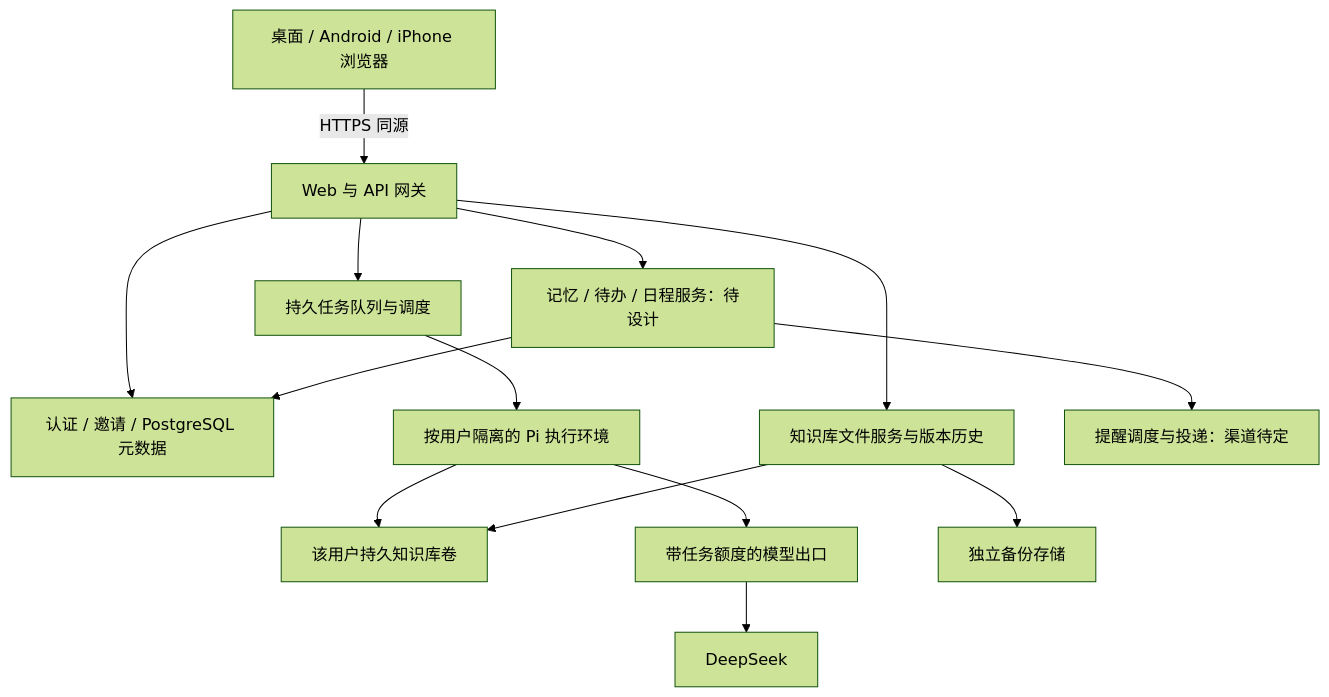
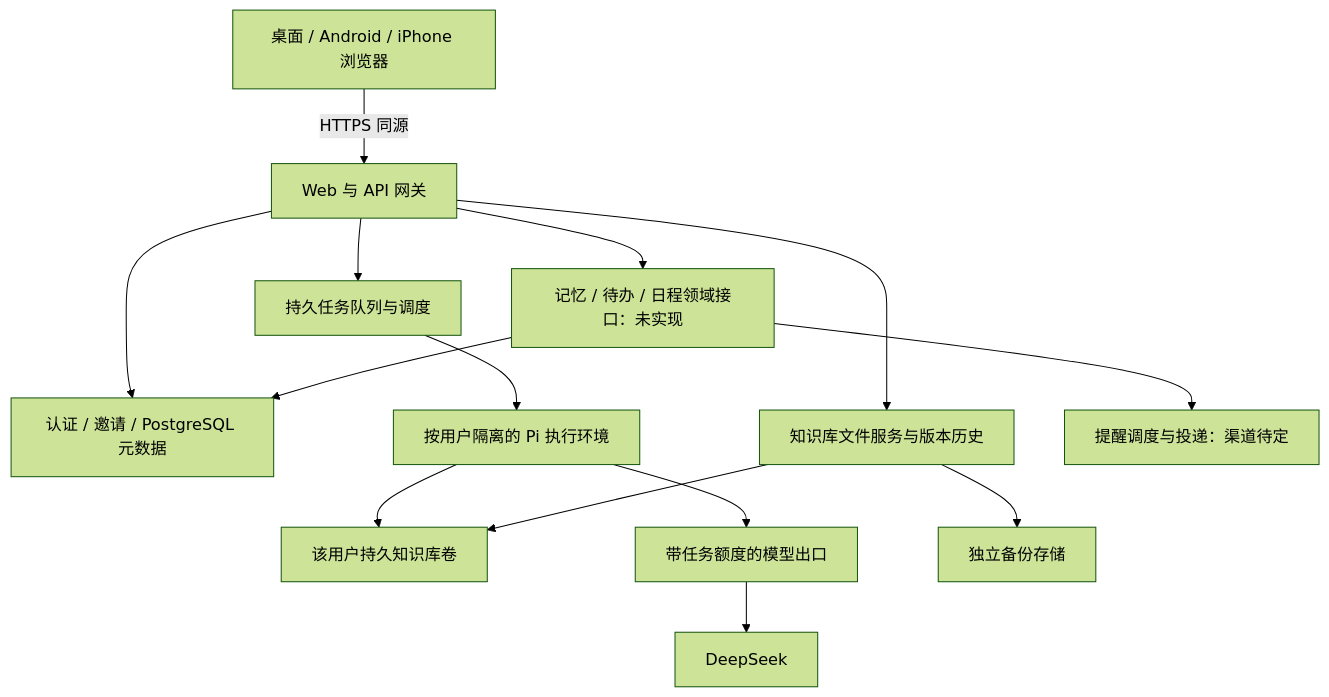
Before and after one commit to keanrain/corilo: the diagram in docs/TECHNICAL_DESIGN.md, drawn with Mermaid (forest theme). The commit also changed other lines of this file and 6 other files, not shown here.

````diff
--- a/docs/TECHNICAL_DESIGN.md
+++ b/docs/TECHNICAL_DESIGN.md
@@ -7,16 +7,16 @@
 ```mermaid
 flowchart TD
     A[桌面 / Android / iPhone 浏览器] -->|HTTPS 同源| B[Web 与 API 网关]
     B --> C[认证 / 邀请 / PostgreSQL 元数据]
     B --> D[知识库文件服务与版本历史]
     B --> E[持久任务队列与调度]
     E --> F[按用户隔离的 Pi 执行环境]
     F --> G[该用户持久知识库卷]
     D --> G
     F --> H[带任务额度的模型出口]
     H --> I[DeepSeek]
     D --> J[独立备份存储]
-    B --> K[记忆 / 待办 / 日程服务：待设计]
+    B --> K[记忆 / 待办 / 日程领域接口：未实现]
     K --> C
     K --> L[提醒调度与投递：渠道待定]
 ```
````
